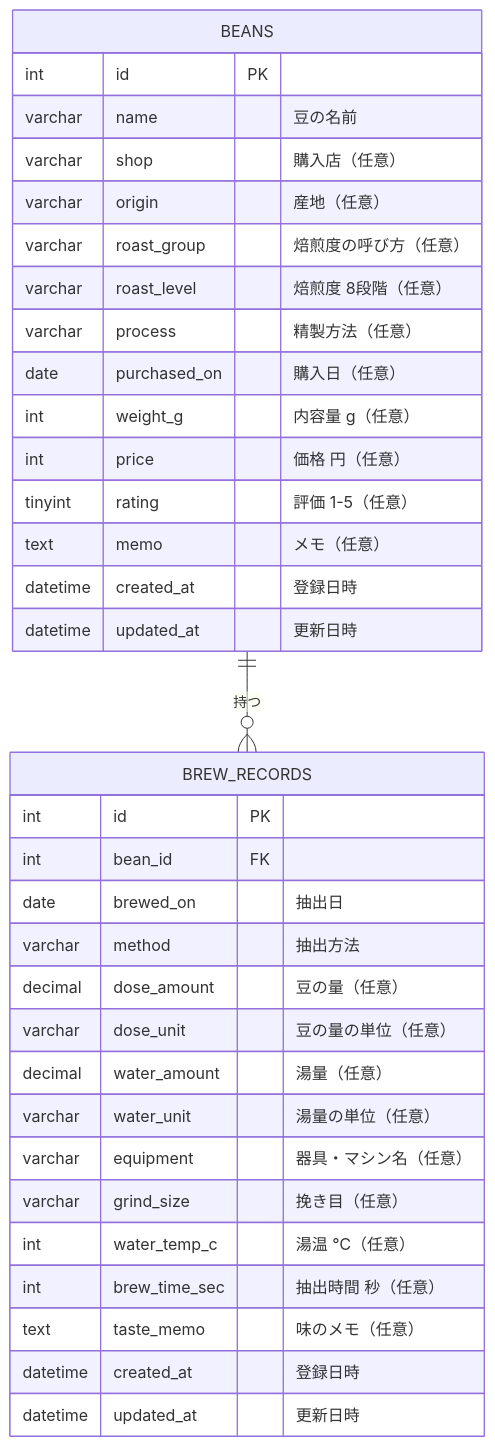
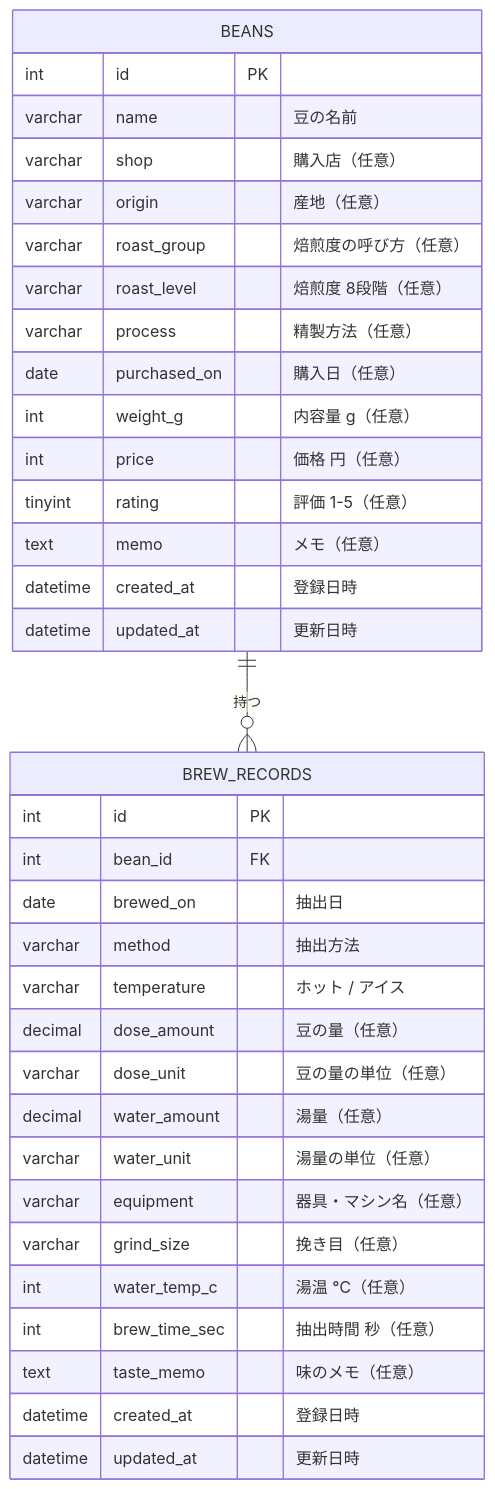
One commit to masato-N918/coffee-bean-log changed the diagram in docs/データ設計書.md. Above: the diagram before and after it, drawn with Mermaid. The commit also changed other lines of this file and 4 other files, not shown here.

````diff
--- a/docs/データ設計書.md
+++ b/docs/データ設計書.md
@@ -12,38 +12,39 @@
 ```mermaid
 erDiagram
     BEANS ||--o{ BREW_RECORDS : "持つ"
 
     BEANS {
         int      id PK
         varchar  name "豆の名前"
         varchar  shop "購入店（任意）"
         varchar  origin "産地（任意）"
         varchar  roast_group "焙煎度の呼び方（任意）"
         varchar  roast_level "焙煎度 8段階（任意）"
         varchar  process "精製方法（任意）"
         date     purchased_on "購入日（任意）"
         int      weight_g "内容量 g（任意）"
         int      price "価格 円（任意）"
         tinyint  rating "評価 1-5（任意）"
         text     memo "メモ（任意）"
         datetime created_at "登録日時"
         datetime updated_at "更新日時"
     }
     BREW_RECORDS {
         int      id PK
         int      bean_id FK
         date     brewed_on "抽出日"
         varchar  method "抽出方法"
+        varchar  temperature "ホット / アイス"
         decimal  dose_amount "豆の量（任意）"
         varchar  dose_unit "豆の量の単位（任意）"
         decimal  water_amount "湯量（任意）"
         varchar  water_unit "湯量の単位（任意）"
         varchar  equipment "器具・マシン名（任意）"
         varchar  grind_size "挽き目（任意）"
         int      water_temp_c "湯温 ℃（任意）"
         int      brew_time_sec "抽出時間 秒（任意）"
         text     taste_memo "味のメモ（任意）"
         datetime created_at "登録日時"
         datetime updated_at "更新日時"
     }
 ```
````
